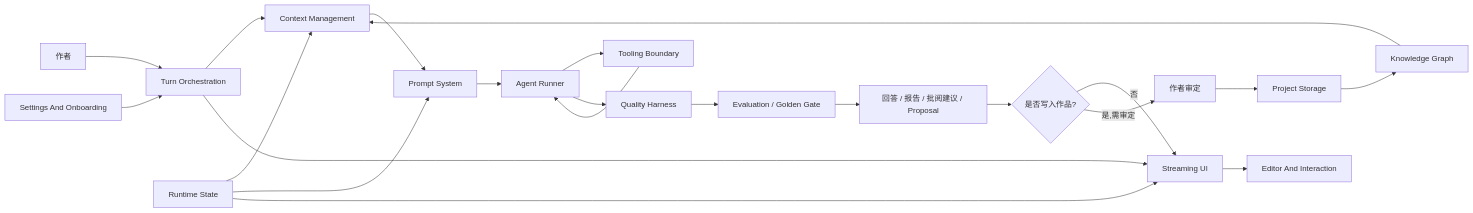
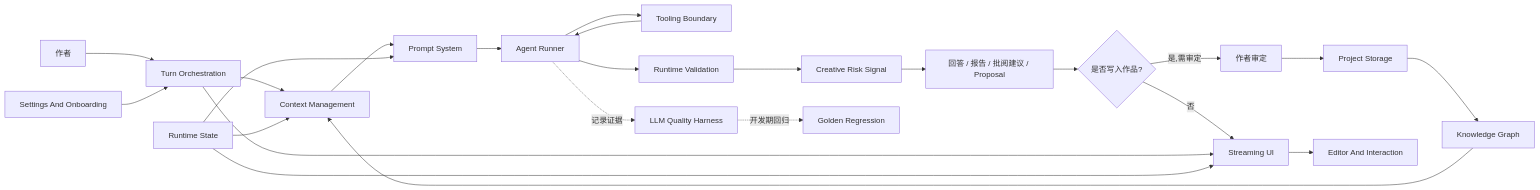
Before and after one commit to jinhuang712/open-novel: the first of 3 diagrams in spec/S00-system-contract.md, drawn with Mermaid. The commit also changed other lines of this file and 50 other files, not shown here.

Commit message:
docs(todo): close architecture audit batches

````diff
--- a/spec/S00-system-contract.md
+++ b/spec/S00-system-contract.md
@@ -11,24 +11,26 @@
 ```mermaid
 flowchart LR
   Author[作者] --> Turn[Turn Orchestration]
   Turn --> Context[Context Management]
   Context --> Prompt[Prompt System]
   Prompt --> Agent[Agent Runner]
   Agent --> Tools[Tooling Boundary]
   Tools --> Agent
-  Agent --> Harness[Quality Harness]
-  Harness --> Eval[Evaluation / Golden Gate]
-  Eval --> Draft[回答 / 报告 / 批阅建议 / Proposal]
+  Agent --> Validate[Runtime Validation]
+  Validate --> Risk[Creative Risk Signal]
+  Risk --> Draft[回答 / 报告 / 批阅建议 / Proposal]
   Draft --> Approval{是否写入作品?}
   Approval -->|否| Stream[Streaming UI]
   Approval -->|是,需审定| Decision[作者审定]
   Decision --> Storage[Project Storage]
   Storage --> KG[Knowledge Graph]
   KG --> Context
   Turn --> Stream
   Stream --> Editor[Editor And Interaction]
   Settings[Settings And Onboarding] --> Turn
   Runtime[Runtime State] --> Context
   Runtime --> Prompt
   Runtime --> Stream
+  Agent -.记录证据.-> Harness[LLM Quality Harness]
+  Harness -.开发期回归.-> Eval[Golden Regression]
 ```
````
